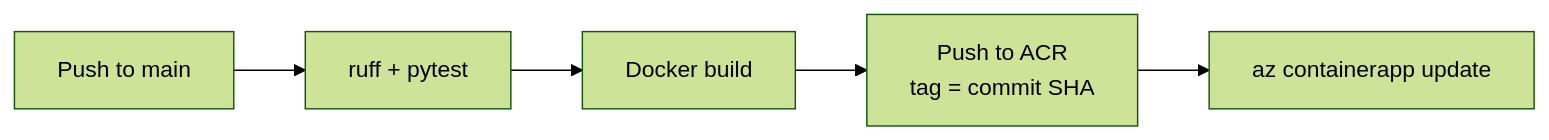
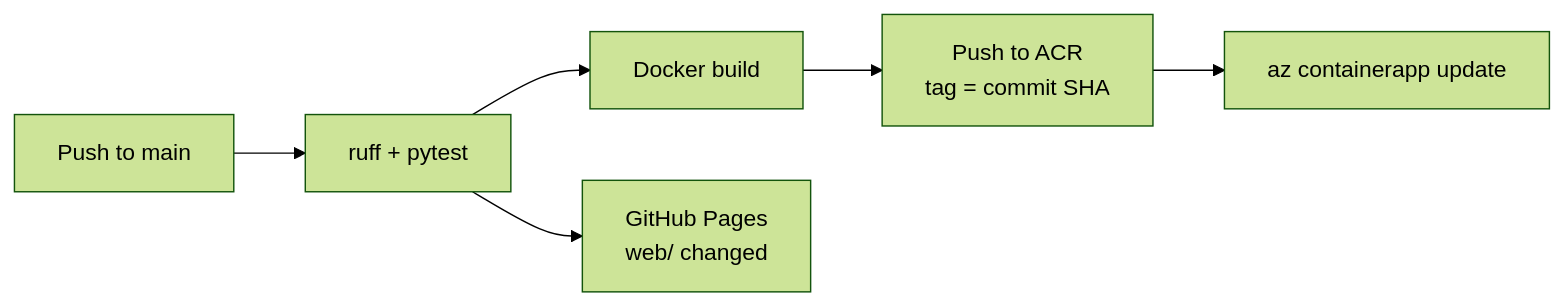
Before and after one commit to timur-us/forecastpilot: the second of 2 diagrams in README.md, drawn with Mermaid (forest theme). The commit also changed other lines of this file and 1 other file, not shown here.

````diff
--- a/README.md
+++ b/README.md
@@ -44,5 +49,6 @@
 ```mermaid
 flowchart LR
     P["Push to main"] --> T["ruff + pytest"] --> B["Docker build"]
     B --> R["Push to ACR<br/>tag = commit SHA"] --> U["az containerapp update"]
+    T --> G["GitHub Pages<br/>web/ changed"]
 ```
````
